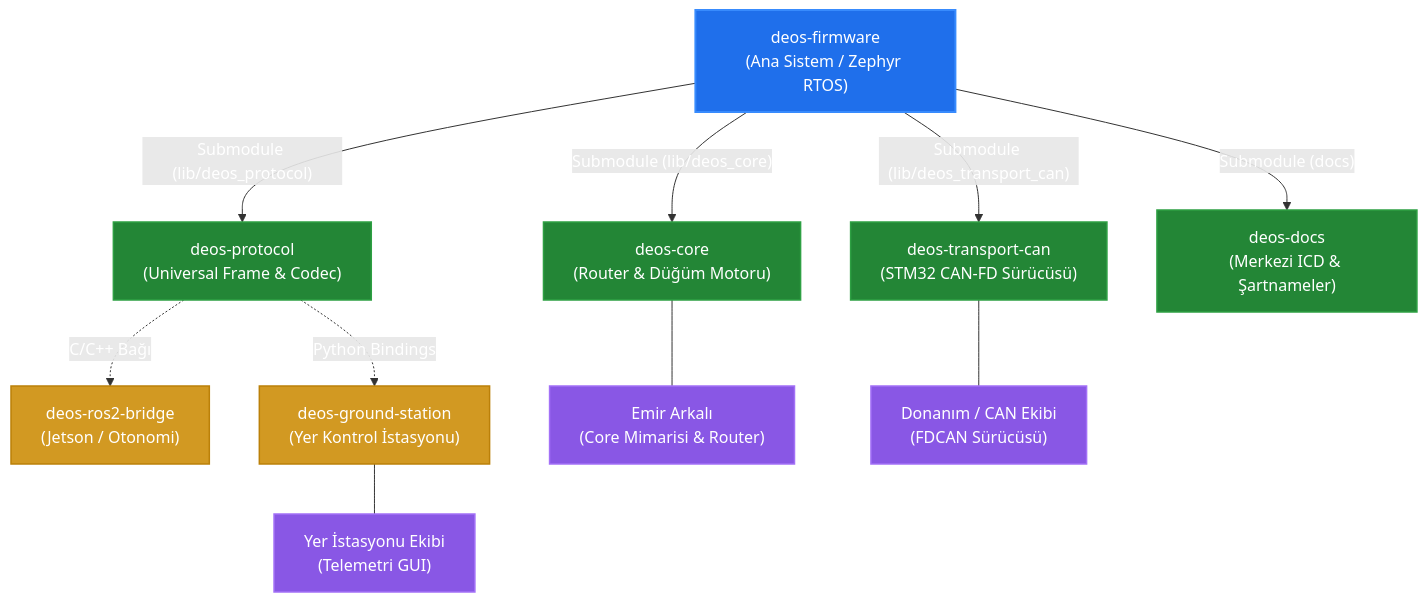
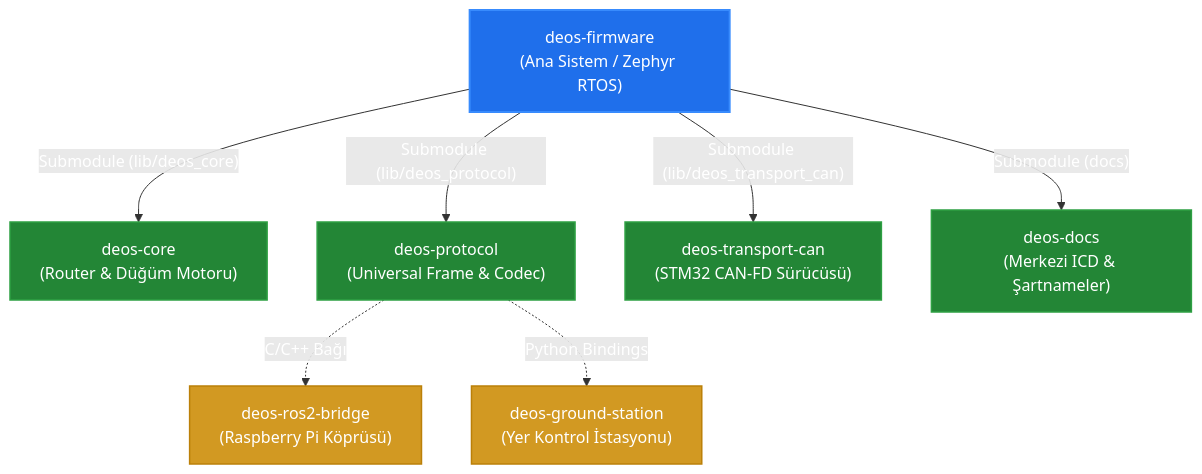
The first of 2 diagrams in README.md (DEUDEOS-Team/deos-firmware), drawn with Mermaid before and after one commit. The commit also changed other lines of this file, not shown here.

Commit message:
docs: update architecture with clean node tree, hardware specs and team assignments

````diff
--- a/README.md
+++ b/README.md
@@ -15,25 +15,16 @@
 ```mermaid
 graph TD
     classDef root fill:#1f6feb,stroke:#388bfd,stroke-width:2px,color:#ffffff;
     classDef sub fill:#238636,stroke:#2ea043,stroke-width:1.5px,color:#ffffff;
-    classDef dev fill:#8957e5,stroke:#a371f7,stroke-width:1.5px,color:#ffffff;
     classDef ext fill:#d29922,stroke:#bb8009,stroke-width:1.5px,color:#ffffff;
 
     FW["deos-firmware<br/>(Ana Sistem / Zephyr RTOS)"]:::root
 
     FW -->|"Submodule (lib/deos_core)"| CORE["deos-core<br/>(Router & Düğüm Motoru)"]:::sub
     FW -->|"Submodule (lib/deos_protocol)"| PROTO["deos-protocol<br/>(Universal Frame & Codec)"]:::sub
     FW -->|"Submodule (lib/deos_transport_can)"| CAN["deos-transport-can<br/>(STM32 CAN-FD Sürücüsü)"]:::sub
     FW -->|"Submodule (docs)"| DOCS["deos-docs<br/>(Merkezi ICD & Şartnameler)"]:::sub
 
-    PROTO -.->|"C/C++ Bağı"| ROS["deos-ros2-bridge<br/>(Jetson / Otonomi)"]:::ext
+    PROTO -.->|"C/C++ Bağı"| ROS["deos-ros2-bridge<br/>(Raspberry Pi Köprüsü)"]:::ext
     PROTO -.->|"Python Bindings"| GCS["deos-ground-station<br/>(Yer Kontrol İstasyonu)"]:::ext
-
-    DEV_EMIR["Emir Arkalı<br/>(Core Mimarisi & Router)"]:::dev
-    DEV_CAN["Donanım / CAN Ekibi<br/>(FDCAN Sürücüsü)"]:::dev
-    DEV_GCS["Yer İstasyonu Ekibi<br/>(Telemetri GUI)"]:::dev
-
-    CORE --- DEV_EMIR
-    CAN --- DEV_CAN
-    GCS --- DEV_GCS
 ```
````
